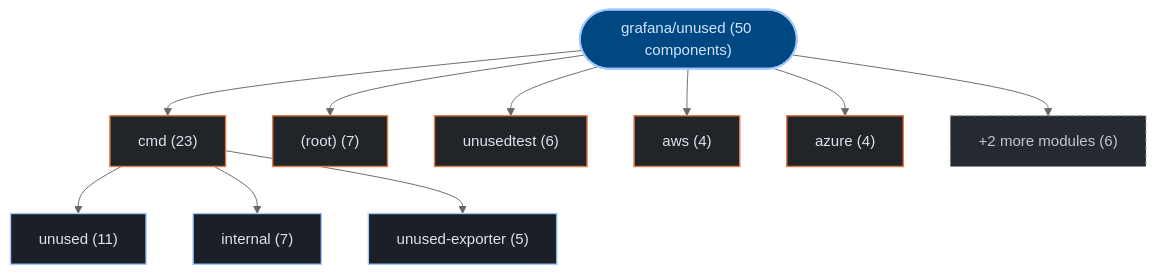
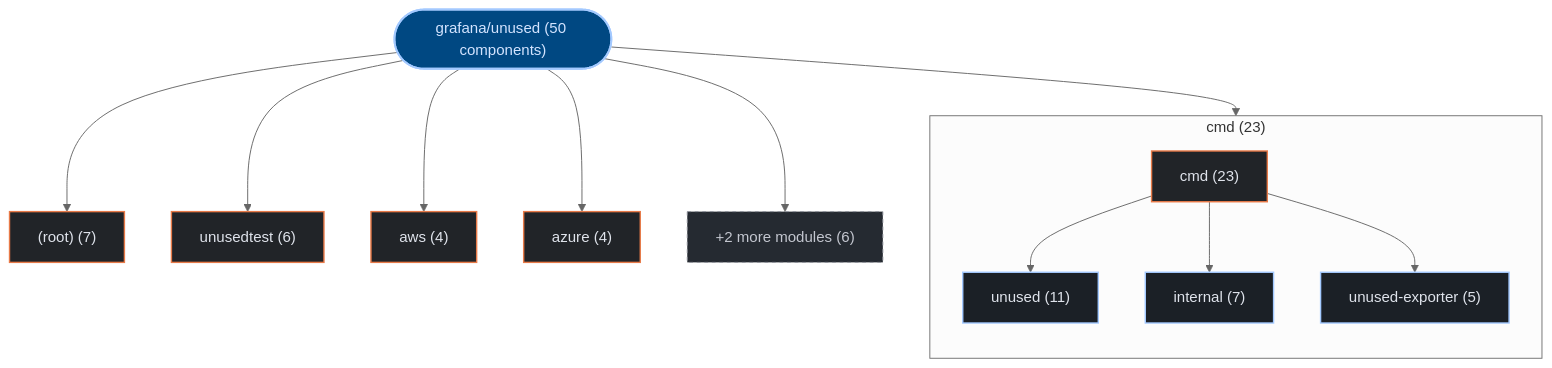
Before and after one commit to kumarshaz/atruss-code-atlas: the first of 3 diagrams in exports/latest/reports/grafana-unused-report.md, drawn with Mermaid (neutral theme). The commit also changed 178 other files, not shown here.

Commit message:
feat(ui,mermaid): upgrade to mermaid v12 + ELK layout, add orgs-summary + pagination, subgraph building blocks, fix tab alignment

````diff
--- a/exports/latest/reports/grafana-unused-report.md
+++ b/exports/latest/reports/grafana-unused-report.md
@@ -42,29 +42,32 @@
 ```mermaid
 graph TD;
   classDef atlasRoot fill:#004882,stroke:#a3c9ff,stroke-width:2px,color:#d3e4ff
   classDef atlasCategory fill:#212428,stroke:#E87A48,stroke-width:1.5px,color:#dfe3eb
   classDef atlasWorkflow fill:#1b2026,stroke:#a3c9ff,stroke-width:1.5px,color:#dfe3eb
   classDef atlasJob fill:#171c22,stroke:#8d9199,stroke-width:1px,color:#dfe3eb
   classDef atlasTarget fill:#005227,stroke:#8bd99b,stroke-width:1.5px,color:#a7f6b6
   classDef atlasAlert fill:#93000a,stroke:#ffb4ab,stroke-width:1.5px,color:#ffdad6
   classDef atlasMore fill:#252a31,stroke:#8d9199,stroke-dasharray:4 4,color:#c3c6cf
     repo_root(["grafana/unused (50 components)"]):::atlasRoot
-    dir_0_cmd["cmd (23)"]:::atlasCategory
+    subgraph sg_dir_0_cmd["cmd (23)"]
+      direction TB
+      dir_0_cmd["cmd (23)"]:::atlasCategory
+      sub_0_0_unused["unused (11)"]:::atlasWorkflow
+      dir_0_cmd --> sub_0_0_unused
+      sub_0_1_internal["internal (7)"]:::atlasWorkflow
+      dir_0_cmd --> sub_0_1_internal
+      sub_0_2_unused_exporter["unused-exporter (5)"]:::atlasWorkflow
+      dir_0_cmd --> sub_0_2_unused_exporter
+    end
     repo_root --> dir_0_cmd
-    sub_0_0_unused["unused (11)"]:::atlasWorkflow
-    dir_0_cmd --> sub_0_0_unused
-    sub_0_1_internal["internal (7)"]:::atlasWorkflow
-    dir_0_cmd --> sub_0_1_internal
-    sub_0_2_unused_exporter["unused-exporter (5)"]:::atlasWorkflow
-    dir_0_cmd --> sub_0_2_unused_exporter
     dir_1__root_["(root) (7)"]:::atlasCategory
     repo_root --> dir_1__root_
     dir_2_unusedtest["unusedtest (6)"]:::atlasCategory
     repo_root --> dir_2_unusedtest
     dir_3_aws["aws (4)"]:::atlasCategory
     repo_root --> dir_3_aws
     dir_4_azure["azure (4)"]:::atlasCategory
     repo_root --> dir_4_azure
     dir_other_modules["+2 more modules (6)"]:::atlasMore
     repo_root --> dir_other_modules
 ```
````
